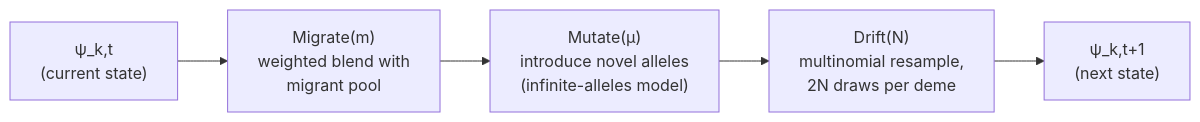
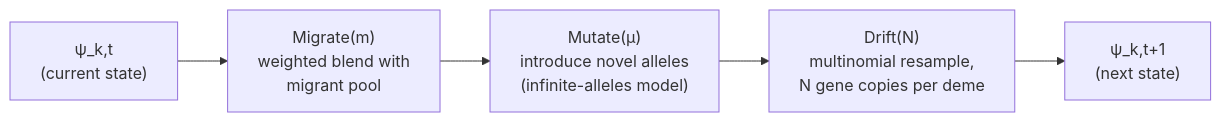
The first of 2 diagrams in doc/20260814-claude-sonnet-5-fim-simulator-design.md (selby-botany/jost-finite-island-model), drawn with Mermaid before and after one commit. The commit also changed other lines of this file, not shown here.

````diff
--- a/doc/20260814-claude-sonnet-5-fim-simulator-design.md
+++ b/doc/20260814-claude-sonnet-5-fim-simulator-design.md
@@ -214,7 +239,7 @@
 ```mermaid
 flowchart LR
     A["ψ_k,t\n(current state)"] --> B["Migrate(m)\nweighted blend with\nmigrant pool"]
     B --> C["Mutate(μ)\nintroduce novel alleles\n(infinite-alleles model)"]
-    C --> D["Drift(N)\nmultinomial resample,\n2N draws per deme"]
+    C --> D["Drift(N)\nmultinomial resample,\nN gene copies per deme"]
     D --> E["ψ_k,t+1\n(next state)"]
 ```
````
